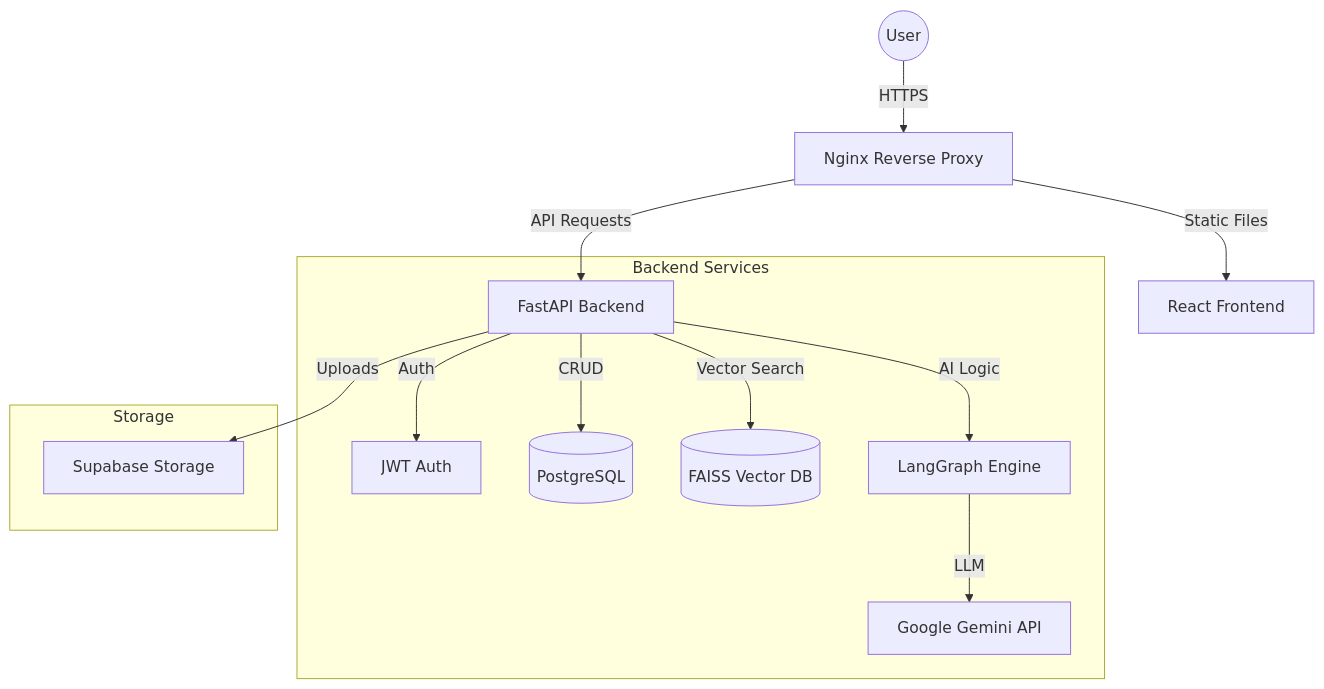
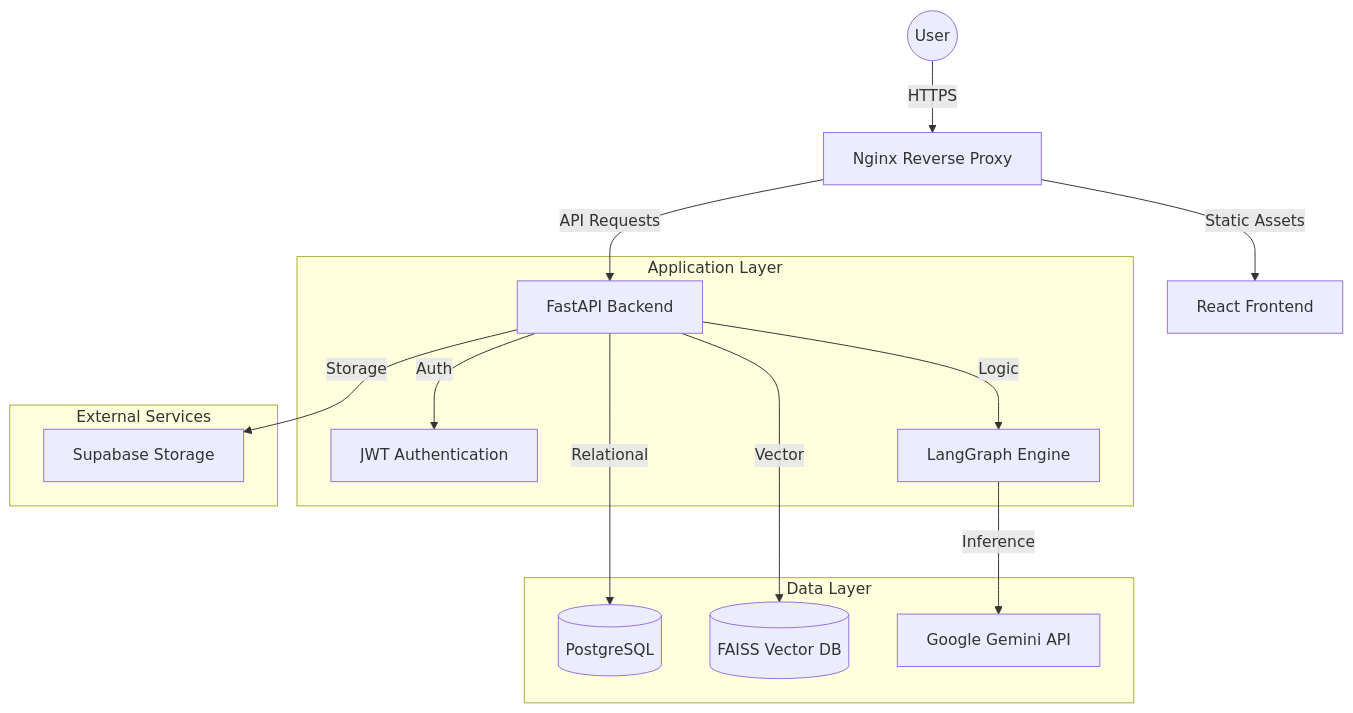
One commit to dagiteferi/ai-portfolio-platform changed the first of 3 diagrams in README.md. Above: the diagram before and after it, drawn with Mermaid. The commit also changed other lines of this file, not shown here.

````diff
--- a/README.md
+++ b/README.md
@@ -31,18 +48,21 @@
 ```mermaid
 graph TD
     User((User)) -->|HTTPS| Nginx[Nginx Reverse Proxy]
-    Nginx -->|Static Files| Frontend[React Frontend]
+    Nginx -->|Static Assets| Frontend[React Frontend]
     Nginx -->|API Requests| Backend[FastAPI Backend]
     
-    subgraph "Backend Services"
-        Backend -->|Auth| JWT[JWT Auth]
-        Backend -->|CRUD| Postgres[(PostgreSQL)]
-        Backend -->|Vector Search| FAISS[(FAISS Vector DB)]
-        Backend -->|AI Logic| LangGraph[LangGraph Engine]
-        LangGraph -->|LLM| Gemini[Google Gemini API]
+    subgraph "Application Layer"
+        Backend -->|Auth| JWT[JWT Authentication]
+        Backend -->|Logic| LangGraph[LangGraph Engine]
     end
     
-    subgraph "Storage"
-        Backend -->|Uploads| Supabase[Supabase Storage]
+    subgraph "Data Layer"
+        Backend -->|Relational| Postgres[(PostgreSQL)]
+        Backend -->|Vector| FAISS[(FAISS Vector DB)]
+        LangGraph -->|Inference| Gemini[Google Gemini API]
+    end
+    
+    subgraph "External Services"
+        Backend -->|Storage| Supabase[Supabase Storage]
     end
 ```
````
